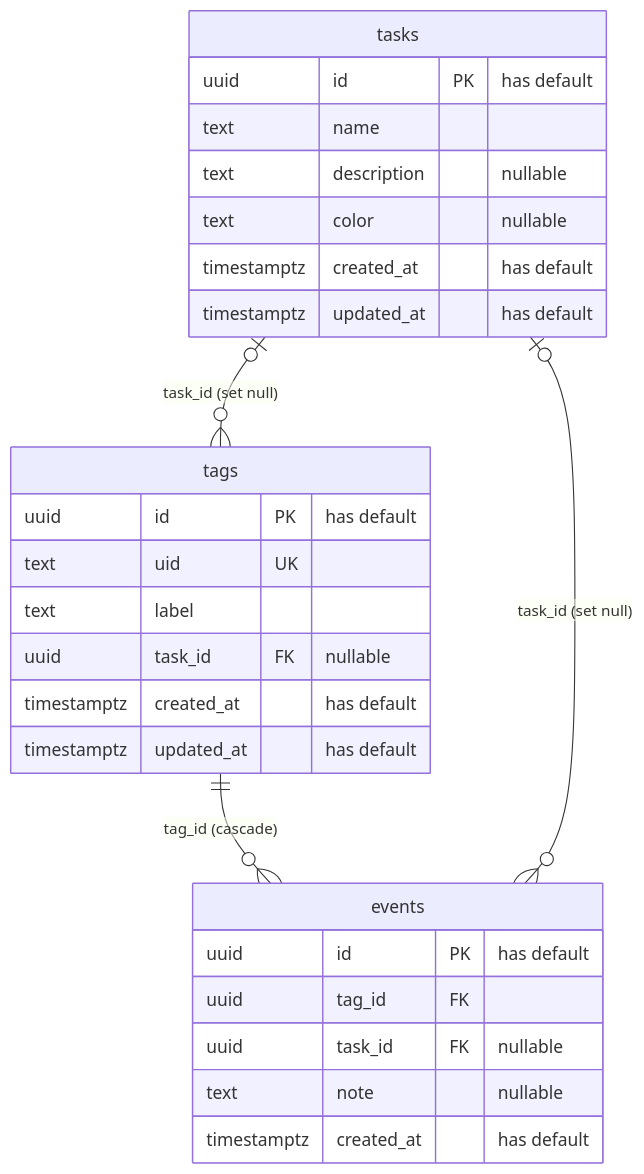
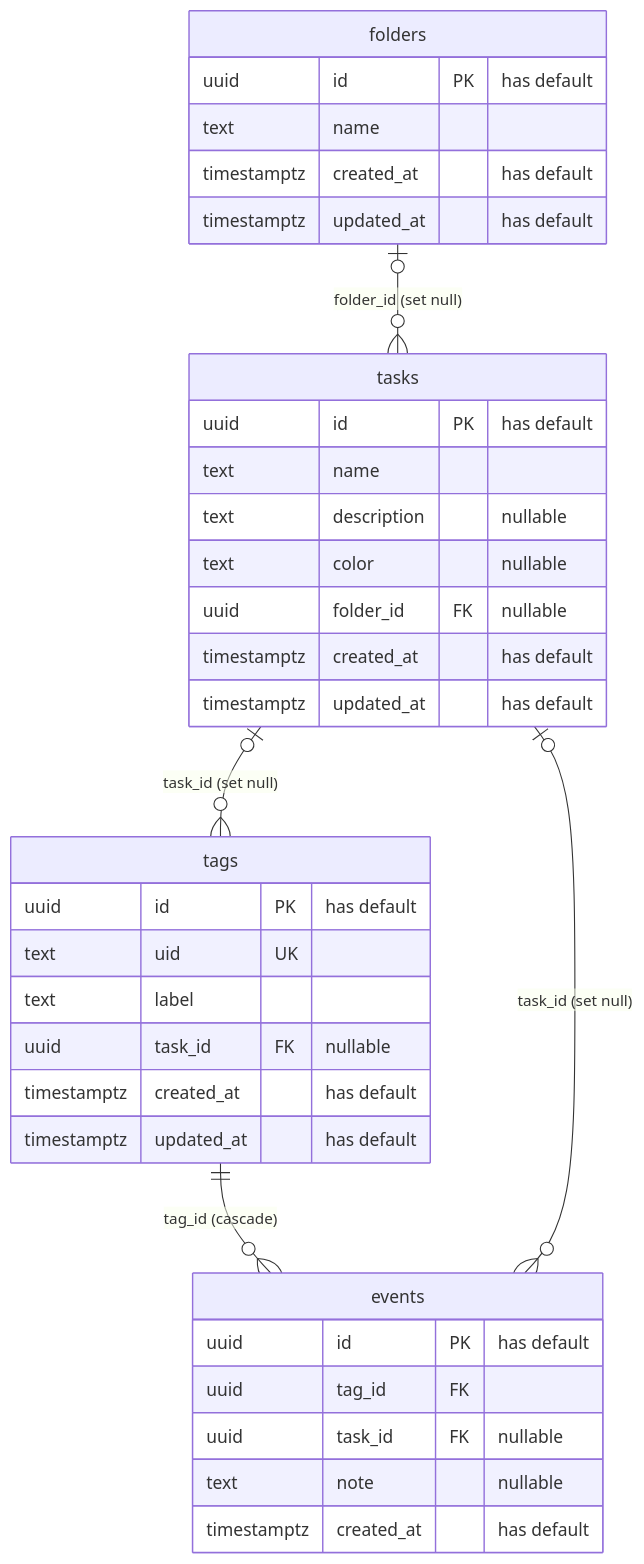
Before and after one commit to te-jo/nudge: the diagram in docs/generated/schema.md, drawn with Mermaid. The commit also changed other lines of this file and 13 other files, not shown here.

Commit message:
Add folders table, CRUD routes, and folderName on event reads

````diff
--- a/docs/generated/schema.md
+++ b/docs/generated/schema.md
@@ -8,29 +8,37 @@
 ```mermaid
 erDiagram
     tags ||--o{ events : "tag_id (cascade)"
     tasks |o--o{ events : "task_id (set null)"
     tasks |o--o{ tags : "task_id (set null)"
+    folders |o--o{ tasks : "folder_id (set null)"
     events {
         uuid id PK "has default"
         uuid tag_id FK
         uuid task_id FK "nullable"
         text note "nullable"
         timestamptz created_at "has default"
+    }
+    folders {
+        uuid id PK "has default"
+        text name
+        timestamptz created_at "has default"
+        timestamptz updated_at "has default"
     }
     tags {
         uuid id PK "has default"
         text uid UK
         text label
         uuid task_id FK "nullable"
         timestamptz created_at "has default"
         timestamptz updated_at "has default"
     }
     tasks {
         uuid id PK "has default"
         text name
         text description "nullable"
         text color "nullable"
+        uuid folder_id FK "nullable"
         timestamptz created_at "has default"
         timestamptz updated_at "has default"
     }
 ```
````
